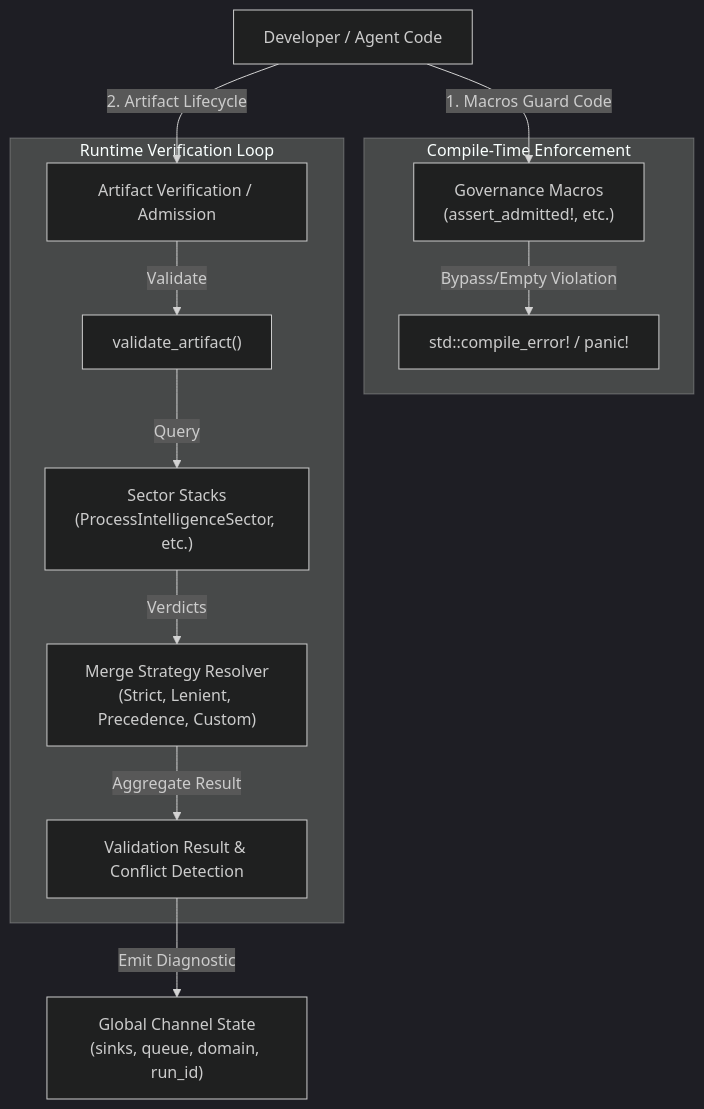
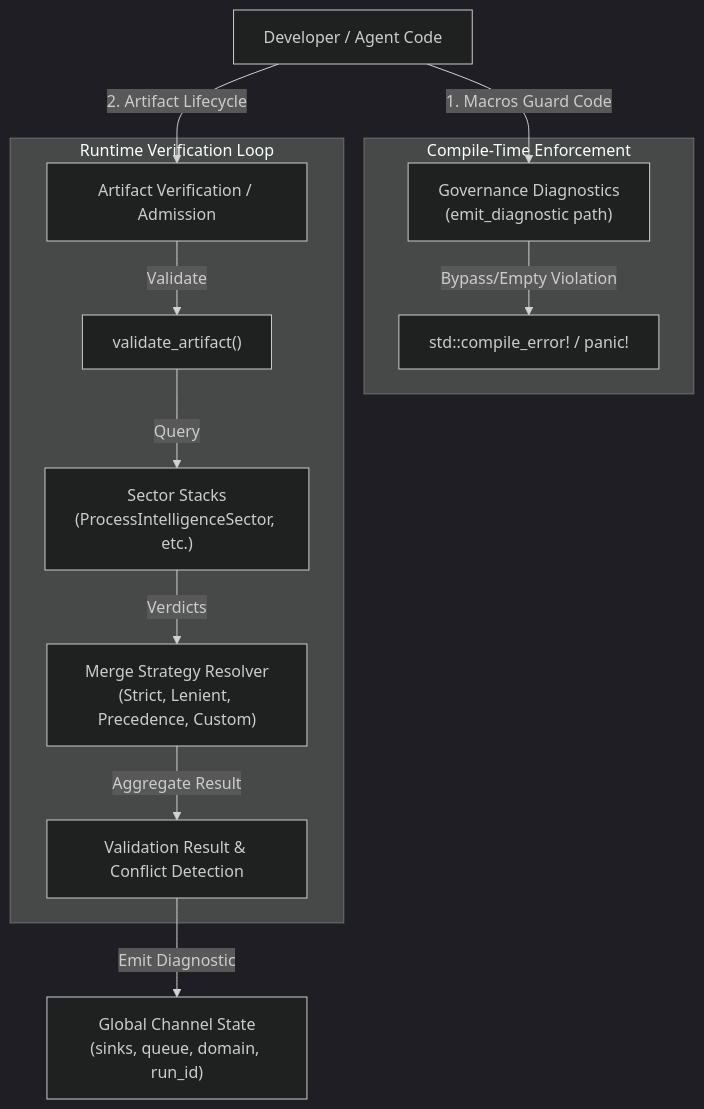
The first of 2 diagrams in docs/governance_architecture.md (seanchatmangpt/chicago-tdd-tools), drawn with Mermaid (dark theme) before and after one commit. The commit also changed 17 other files, not shown here.

````diff
--- a/docs/governance_architecture.md
+++ b/docs/governance_architecture.md
@@ -11,34 +11,34 @@
 ```mermaid
 graph TD
     %% Nodes
     DeveloperCode["Developer / Agent Code"]
     
     %% Compile-Time Path
     subgraph Compile-Time ["Compile-Time Enforcement"]
-        Macros["Governance Macros<br>(assert_admitted!, etc.)"]
+        Macros["Governance Diagnostics<br>(emit_diagnostic path)"]
         CompileError["std::compile_error! / panic!"]
     end
 
     %% Runtime Path
     subgraph Runtime ["Runtime Verification Loop"]
         ArtifactAdmission["Artifact Verification / Admission"]
         ValidateArtifact["validate_artifact()"]
         SectorStacks["Sector Stacks<br>(ProcessIntelligenceSector, etc.)"]
         MergeStrategy["Merge Strategy Resolver<br>(Strict, Lenient, Precedence, Custom)"]
         VerdictResult["Validation Result & Conflict Detection"]
     end
 
     %% Global State & Output
     Channel["Global Channel State<br>(sinks, queue, domain, run_id)"]
 
     %% Connections
     DeveloperCode -->|1. Macros Guard Code| Macros
     Macros -->|Bypass/Empty Violation| CompileError
 
     DeveloperCode -->|2. Artifact Lifecycle| ArtifactAdmission
     ArtifactAdmission -->|Validate| ValidateArtifact
     ValidateArtifact -->|Query| SectorStacks
     SectorStacks -->|Verdicts| MergeStrategy
     MergeStrategy -->|Aggregate Result| VerdictResult
     VerdictResult -->|Emit Diagnostic| Channel
 ```
````
